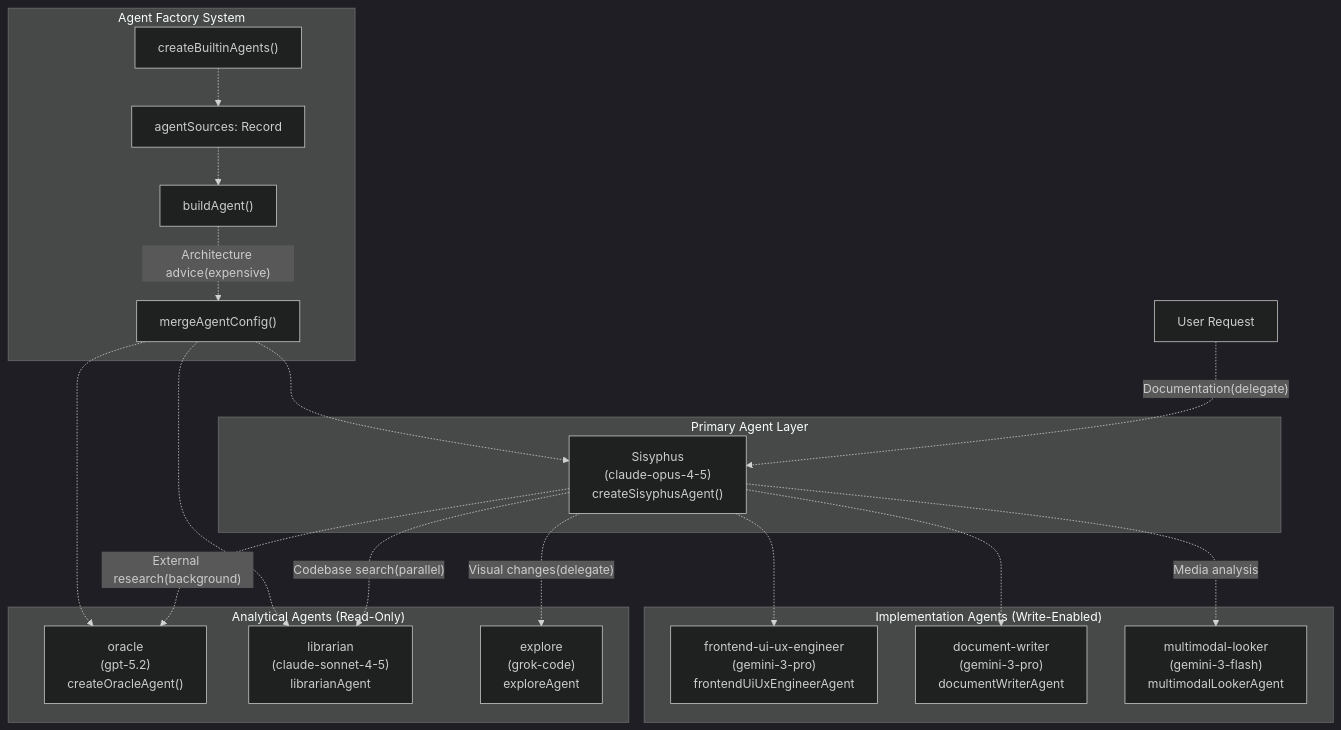
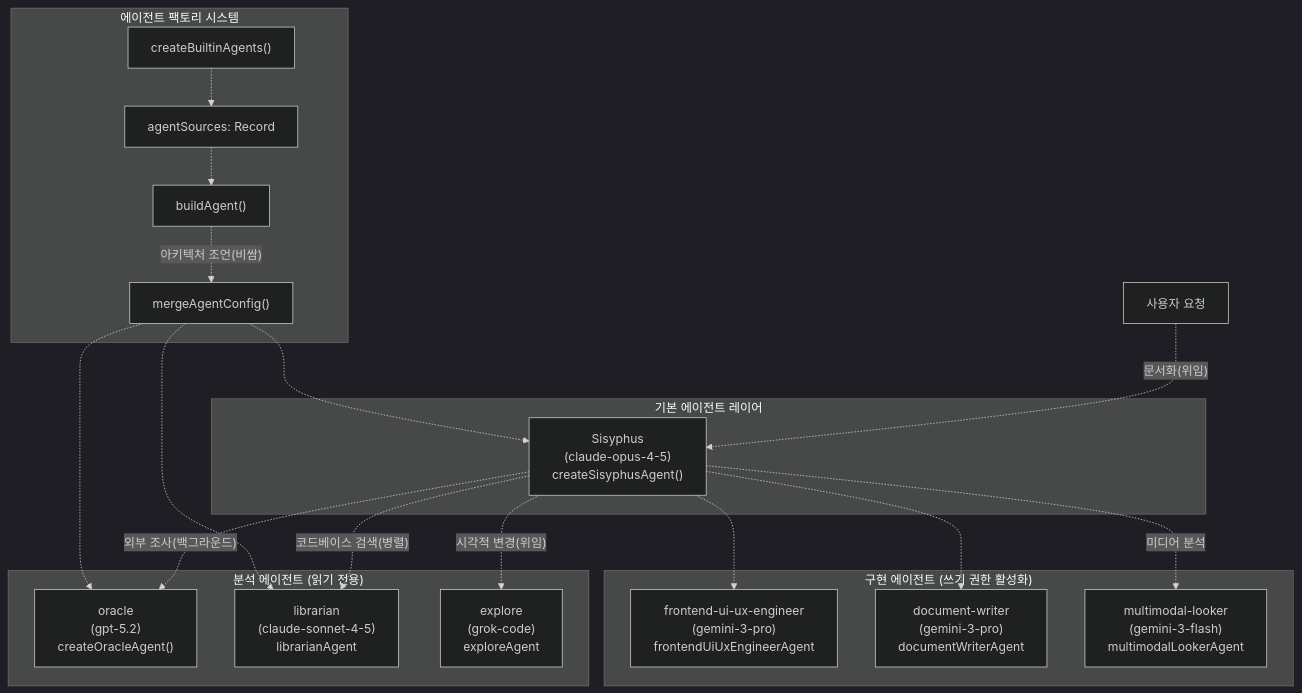
The first of 5 diagrams in docs/agents/agent-system.md (felipetruman/oh-my-opencode-docs), drawn with Mermaid (dark theme) before and after one commit. The commit also changed other lines of this file and 76 other files, not shown here.

````diff
--- a/docs/agents/agent-system.md
+++ b/docs/agents/agent-system.md
@@ -55,53 +55,53 @@
 ```mermaid
 flowchart TD
 
-User["User Request"]
+User["사용자 요청"]
 Sisyphus["Sisyphus<br>(claude-opus-4-5)<br>createSisyphusAgent()"]
 Oracle["oracle<br>(gpt-5.2)<br>createOracleAgent()"]
 Librarian["librarian<br>(claude-sonnet-4-5)<br>librarianAgent"]
 Explore["explore<br>(grok-code)<br>exploreAgent"]
 Frontend["frontend-ui-ux-engineer<br>(gemini-3-pro)<br>frontendUiUxEngineerAgent"]
 DocWriter["document-writer<br>(gemini-3-pro)<br>documentWriterAgent"]
 Multimodal["multimodal-looker<br>(gemini-3-flash)<br>multimodalLookerAgent"]
 CreateBuiltin["createBuiltinAgents()"]
 AgentSources["agentSources: Record"]
 BuildAgent["buildAgent()"]
 MergeConfig["mergeAgentConfig()"]
 
-User -.->|"Documentation(delegate)"| Sisyphus
-Sisyphus -.->|"External research(background)"| Oracle
-Sisyphus -.->|"Codebase search(parallel)"| Librarian
-Sisyphus -.->|"Visual changes(delegate)"| Explore
+User -.->|"문서화(위임)"| Sisyphus
+Sisyphus -.->|"외부 조사(백그라운드)"| Oracle
+Sisyphus -.->|"코드베이스 검색(병렬)"| Librarian
+Sisyphus -.->|"시각적 변경(위임)"| Explore
 Sisyphus -.-> Frontend
 Sisyphus -.-> DocWriter
-Sisyphus -.->|"Media analysis"| Multimodal
+Sisyphus -.->|"미디어 분석"| Multimodal
 MergeConfig -.-> Sisyphus
 MergeConfig -.-> Oracle
 MergeConfig -.-> Librarian
 
-subgraph subGraph3 ["Agent Factory System"]
+subgraph subGraph3 ["에이전트 팩토리 시스템"]
     CreateBuiltin
     AgentSources
     BuildAgent
     MergeConfig
     CreateBuiltin -.-> AgentSources
     AgentSources -.-> BuildAgent
-    BuildAgent -.->|"Architecture advice(expensive)"| MergeConfig
+    BuildAgent -.->|"아키텍처 조언(비쌈)"| MergeConfig
 end
 
-subgraph subGraph2 ["Implementation Agents (Write-Enabled)"]
+subgraph subGraph2 ["구현 에이전트 (쓰기 권한 활성화)"]
     Frontend
     DocWriter
     Multimodal
 end
 
-subgraph subGraph1 ["Analytical Agents (Read-Only)"]
+subgraph subGraph1 ["분석 에이전트 (읽기 전용)"]
     Oracle
     Librarian
     Explore
 end
 
-subgraph subGraph0 ["Primary Agent Layer"]
+subgraph subGraph0 ["기본 에이전트 레이어"]
     Sisyphus
 end
 ```
````
